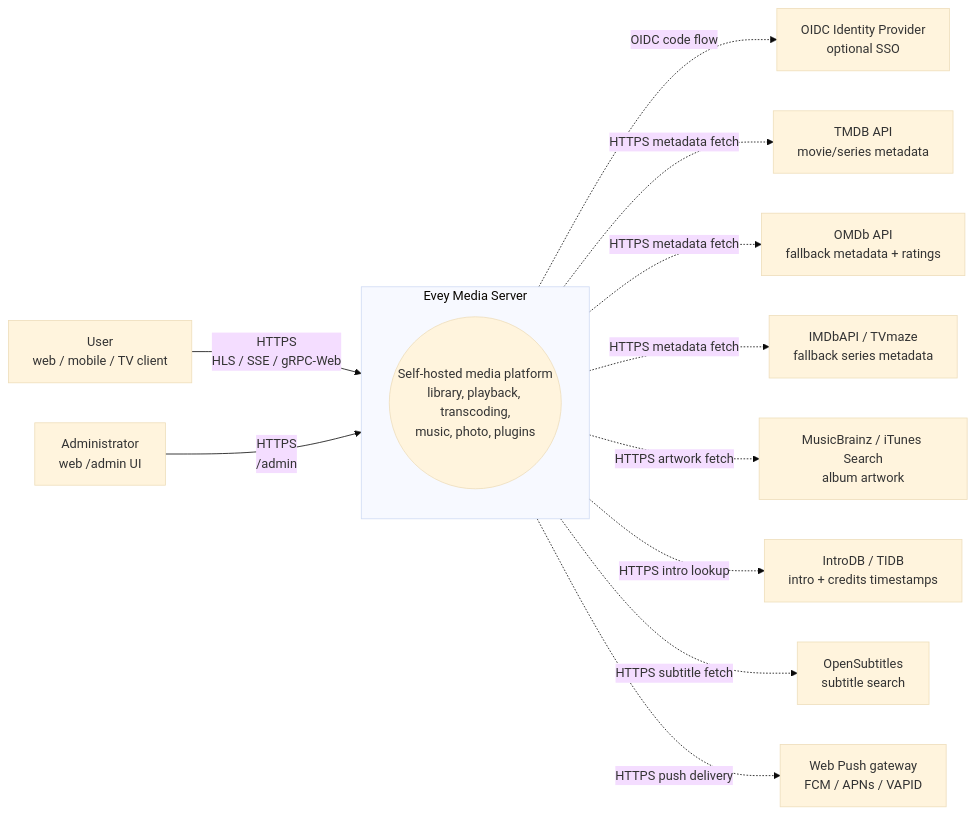
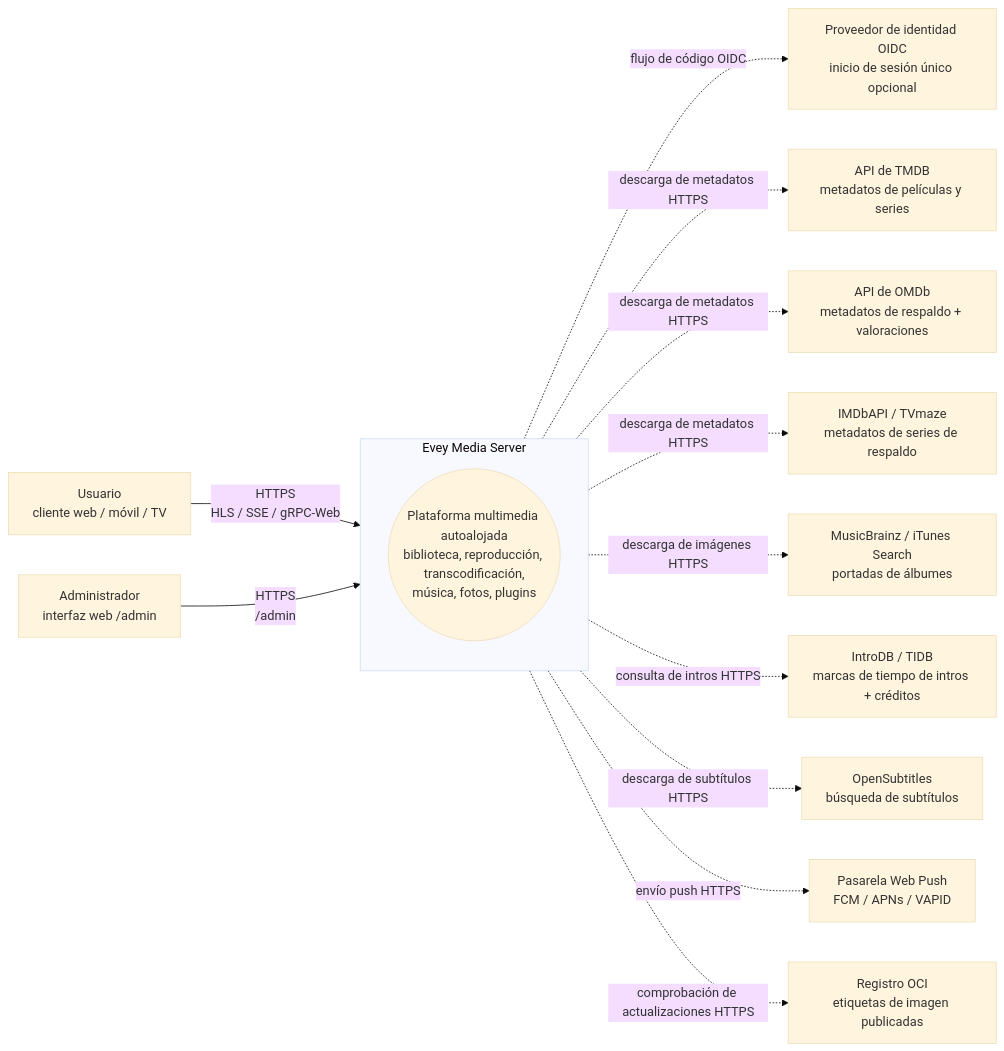
The second of 5 diagrams in wiki/translations/es/ARCHITECTURE.md (eveyproject/evey), drawn with Mermaid (base theme) before and after one commit. The commit also changed other lines of this file and 14 other files, not shown here.

````diff
--- a/wiki/translations/es/ARCHITECTURE.md
+++ b/wiki/translations/es/ARCHITECTURE.md
@@ -121,28 +178,30 @@
 ```mermaid
 flowchart LR
-    user[User<br/>web / mobile / TV client]
-    admin[Administrator<br/>web /admin UI]
-    oidc[OIDC Identity Provider<br/>optional SSO]
-    tmdb[TMDB API<br/>movie/series metadata]
-    omdb[OMDb API<br/>fallback metadata + ratings]
-    imdb[IMDbAPI / TVmaze<br/>fallback series metadata]
-    art[MusicBrainz / iTunes Search<br/>album artwork]
-    introdb[IntroDB / TIDB<br/>intro + credits timestamps]
-    opensubs[OpenSubtitles<br/>subtitle search]
-    webpush[Web Push gateway<br/>FCM / APNs / VAPID]
+    user[Usuario<br/>cliente web / móvil / TV]
+    admin[Administrador<br/>interfaz web /admin]
+    oidc[Proveedor de identidad OIDC<br/>inicio de sesión único opcional]
+    tmdb[API de TMDB<br/>metadatos de películas y series]
+    omdb[API de OMDb<br/>metadatos de respaldo + valoraciones]
+    imdb[IMDbAPI / TVmaze<br/>metadatos de series de respaldo]
+    art[MusicBrainz / iTunes Search<br/>portadas de álbumes]
+    introdb[IntroDB / TIDB<br/>marcas de tiempo de intros + créditos]
+    opensubs[OpenSubtitles<br/>búsqueda de subtítulos]
+    webpush[Pasarela Web Push<br/>FCM / APNs / VAPID]
+    registry[Registro OCI<br/>etiquetas de imagen publicadas]
 
     subgraph evey[Evey Media Server]
-        core((Self-hosted media platform<br/>library, playback, transcoding,<br/>music, photo, plugins))
+        core((Plataforma multimedia autoalojada<br/>biblioteca, reproducción, transcodificación,<br/>música, fotos, plugins))
     end
 
     user -->|HTTPS<br/>HLS / SSE / gRPC-Web| evey
     admin -->|HTTPS<br/>/admin| evey
-    evey -.->|OIDC code flow| oidc
-    evey -.->|HTTPS metadata fetch| tmdb
-    evey -.->|HTTPS metadata fetch| omdb
-    evey -.->|HTTPS metadata fetch| imdb
-    evey -.->|HTTPS artwork fetch| art
-    evey -.->|HTTPS intro lookup| introdb
-    evey -.->|HTTPS subtitle fetch| opensubs
-    evey -.->|HTTPS push delivery| webpush
+    evey -.->|flujo de código OIDC| oidc
+    evey -.->|descarga de metadatos HTTPS| tmdb
+    evey -.->|descarga de metadatos HTTPS| omdb
+    evey -.->|descarga de metadatos HTTPS| imdb
+    evey -.->|descarga de imágenes HTTPS| art
+    evey -.->|consulta de intros HTTPS| introdb
+    evey -.->|descarga de subtítulos HTTPS| opensubs
+    evey -.->|envío push HTTPS| webpush
+    evey -.->|comprobación de actualizaciones HTTPS| registry
 ```
````
